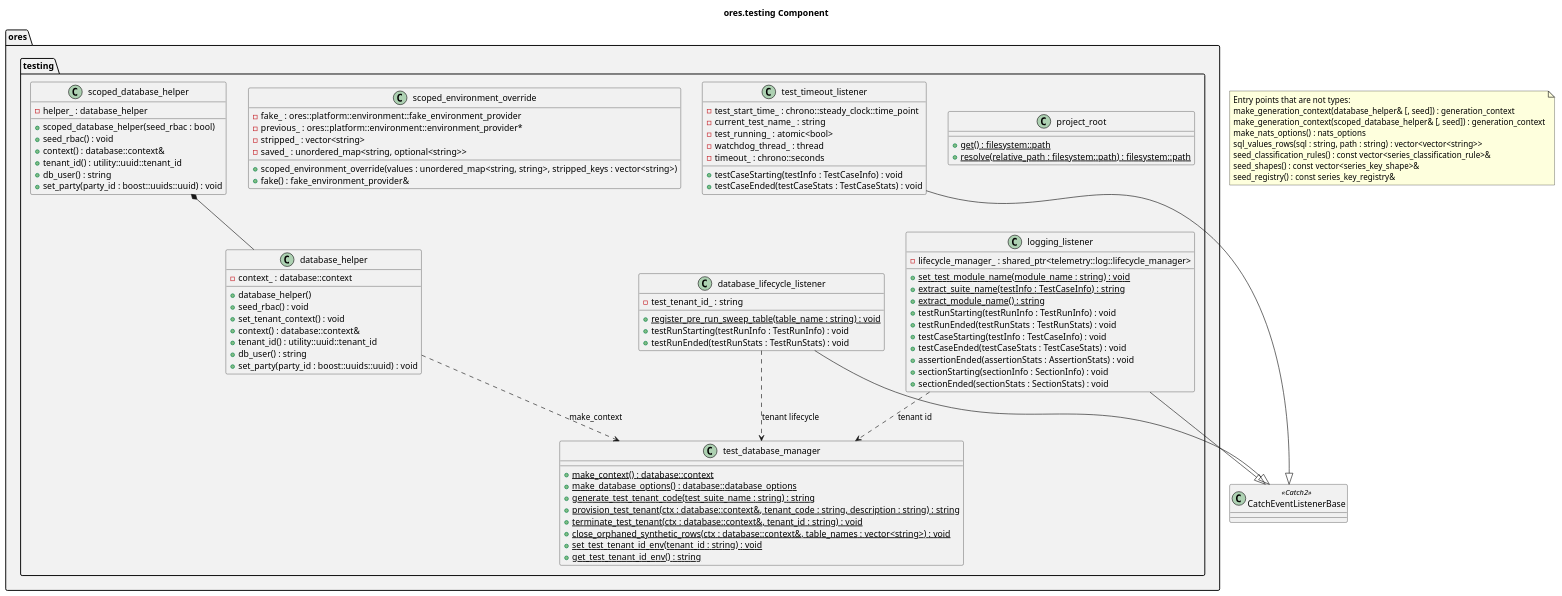
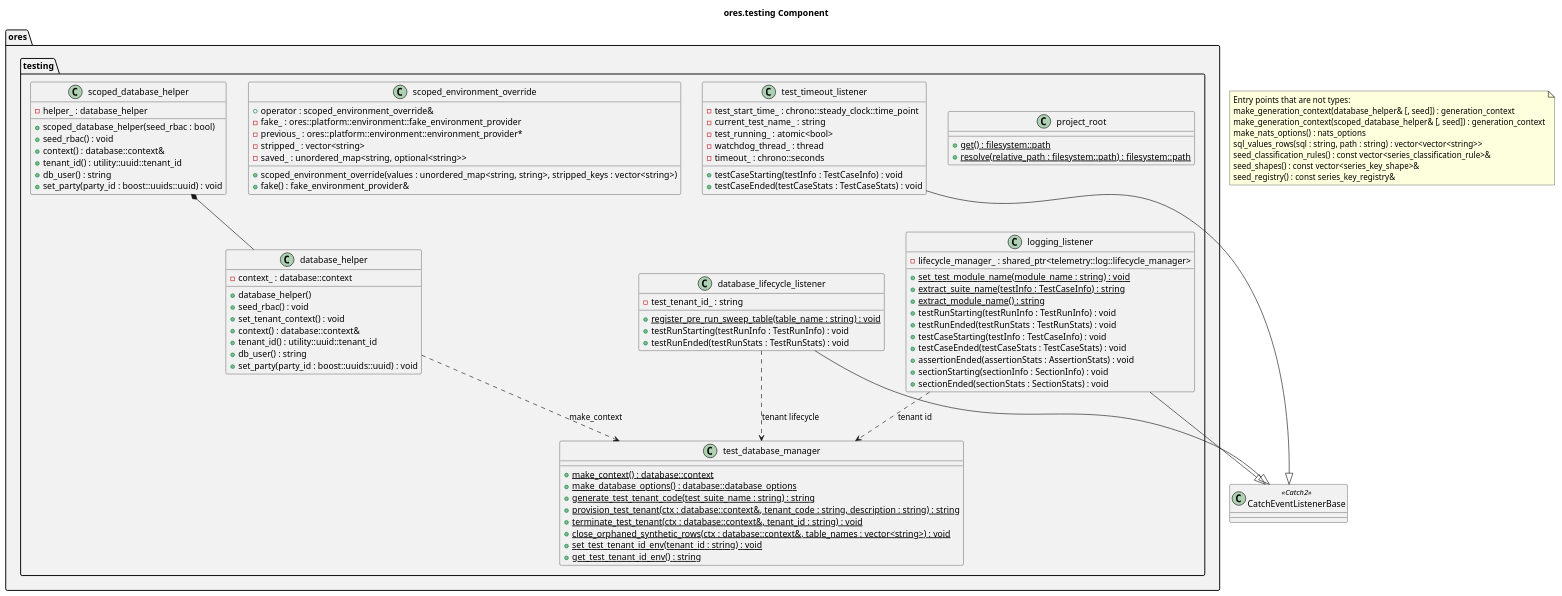
One commit to OreStudio/OreStudio changed the diagram in projects/ores.testing/modeling/ores.testing.puml. Above: the diagram before and after it, drawn with PlantUML. The commit also changed 1 other file, not shown here.

Commit message:
[ores.testing] Refresh the diagram the generator changed under the branch
The capture now reads the deleted copy assignment of
scoped_environment_override, so the dry run no longer reported no
changes and the committed automated block was stale. The pass ran
again; the manual section was hashed before and after it and did not
change, the dry run is clean, and the image is a fresh render that was
read.

Story-ID: 2EF0EF31-6FED-48C7-BA6F-7006D29EFE60
Task-ID: AAA67332-2182-41BE-9A69-7D5F0F053EEA
Environment: festive_dijkstra

```diff
--- a/projects/ores.testing/modeling/ores.testing.puml
+++ b/projects/ores.testing/modeling/ores.testing.puml
@@ -18,141 +18,142 @@
 @startuml
 
 title ores.testing Component
 
 set namespaceSeparator ::
 
 namespace ores #F2F2F2 {
     namespace testing #F2F2F2 {
         class database_helper {
             -context_ : database::context
         }
         class database_lifecycle_listener {
             -test_tenant_id_ : string
         }
         class logging_listener {
             -lifecycle_manager_ : shared_ptr<telemetry::log::lifecycle_manager>
         }
         class project_root {
         }
         class scoped_database_helper {
             -helper_ : database_helper
         }
         class scoped_environment_override {
+            +operator : scoped_environment_override&
             -fake_ : ores::platform::environment::fake_environment_provider
             -previous_ : ores::platform::environment::environment_provider*
             -stripped_ : vector<string>
             -saved_ : unordered_map<string, optional<string>>
         }
         class test_database_manager {
         }
         class test_timeout_listener {
             -test_start_time_ : chrono::steady_clock::time_point
             -current_test_name_ : string
             -test_running_ : atomic<bool>
             -watchdog_thread_ : thread
             -timeout_ : chrono::seconds
         }
     }
 }
 
 ' --- manual: everything below this line is hand-authored; the script preserves it ---
 
 ' The API the automated pass cannot see: it reads data members only, so a class
 ' whose content is methods arrives as an empty box. Declare each class by its
 ' fully-qualified name here and PlantUML merges the methods into the box above.
 ' Do not re-open the namespace block to do it: a class declared in two namespace
 ' blocks renders, but every edge that touches it kills the image pass.
 
 class ores::testing::database_helper {
     +database_helper()
     +seed_rbac() : void
     +set_tenant_context() : void
     +context() : database::context&
     +tenant_id() : utility::uuid::tenant_id
     +db_user() : string
     +set_party(party_id : boost::uuids::uuid) : void
 }
 
 class ores::testing::database_lifecycle_listener {
     +register_pre_run_sweep_table(table_name : string) : void {static}
     +testRunStarting(testRunInfo : TestRunInfo) : void
     +testRunEnded(testRunStats : TestRunStats) : void
 }
 
 class ores::testing::logging_listener {
     +set_test_module_name(module_name : string) : void {static}
     +extract_suite_name(testInfo : TestCaseInfo) : string {static}
     +extract_module_name() : string {static}
     +testRunStarting(testRunInfo : TestRunInfo) : void
     +testRunEnded(testRunStats : TestRunStats) : void
     +testCaseStarting(testInfo : TestCaseInfo) : void
     +testCaseEnded(testCaseStats : TestCaseStats) : void
     +assertionEnded(assertionStats : AssertionStats) : void
     +sectionStarting(sectionInfo : SectionInfo) : void
     +sectionEnded(sectionStats : SectionStats) : void
 }
 
 class ores::testing::project_root {
     +get() : filesystem::path {static}
     +resolve(relative_path : filesystem::path) : filesystem::path {static}
 }
 
 class ores::testing::scoped_database_helper {
     +scoped_database_helper(seed_rbac : bool)
     +seed_rbac() : void
     +context() : database::context&
     +tenant_id() : utility::uuid::tenant_id
     +db_user() : string
     +set_party(party_id : boost::uuids::uuid) : void
 }
 
 class ores::testing::scoped_environment_override {
     +scoped_environment_override(values : unordered_map<string, string>, stripped_keys : vector<string>)
     +fake() : fake_environment_provider&
 }
 
 class ores::testing::test_database_manager {
     +make_context() : database::context {static}
     +make_database_options() : database::database_options {static}
     +generate_test_tenant_code(test_suite_name : string) : string {static}
     +provision_test_tenant(ctx : database::context&, tenant_code : string, description : string) : string {static}
     +terminate_test_tenant(ctx : database::context&, tenant_id : string) : void {static}
     +close_orphaned_synthetic_rows(ctx : database::context&, table_names : vector<string>) : void {static}
     +set_test_tenant_id_env(tenant_id : string) : void {static}
     +get_test_tenant_id_env() : string {static}
 }
 
 class ores::testing::test_timeout_listener {
     +testCaseStarting(testInfo : TestCaseInfo) : void
     +testCaseEnded(testCaseStats : TestCaseStats) : void
 }
 
 ' The Catch2 listener contract, which the automated pass does not draw.
 class CatchEventListenerBase <<Catch2>> {
 }
 
 ores::testing::logging_listener --|> CatchEventListenerBase
 ores::testing::database_lifecycle_listener --|> CatchEventListenerBase
 ores::testing::test_timeout_listener --|> CatchEventListenerBase
 
 ' Relationships the automated pass cannot see: it reads data members only.
 ores::testing::scoped_database_helper *-- ores::testing::database_helper
 ores::testing::database_helper ..> ores::testing::test_database_manager : make_context
 ores::testing::database_lifecycle_listener ..> ores::testing::test_database_manager : tenant lifecycle
 ores::testing::logging_listener ..> ores::testing::test_database_manager : tenant id
 
 note as OresTestingFreeFunctions
     Entry points that are not types:
     make_generation_context(database_helper& [, seed]) : generation_context
     make_generation_context(scoped_database_helper& [, seed]) : generation_context
     make_nats_options() : nats_options
     sql_values_rows(sql : string, path : string) : vector<vector<string>>
     seed_classification_rules() : const vector<series_classification_rule>&
     seed_shapes() : const vector<series_key_shape>&
     seed_registry() : const series_key_registry&
 end note
 
 ' Local Variables:
 ' compile-command: "java -Djava.awt.headless=true -DPLANTUML_SECURITY_PROFILE=UNSECURE -DPLANTUML_LIMIT_SIZE=65535 -jar /usr/share/plantuml/plantuml.jar ores.testing.puml"
 ' End:
 @enduml
```
